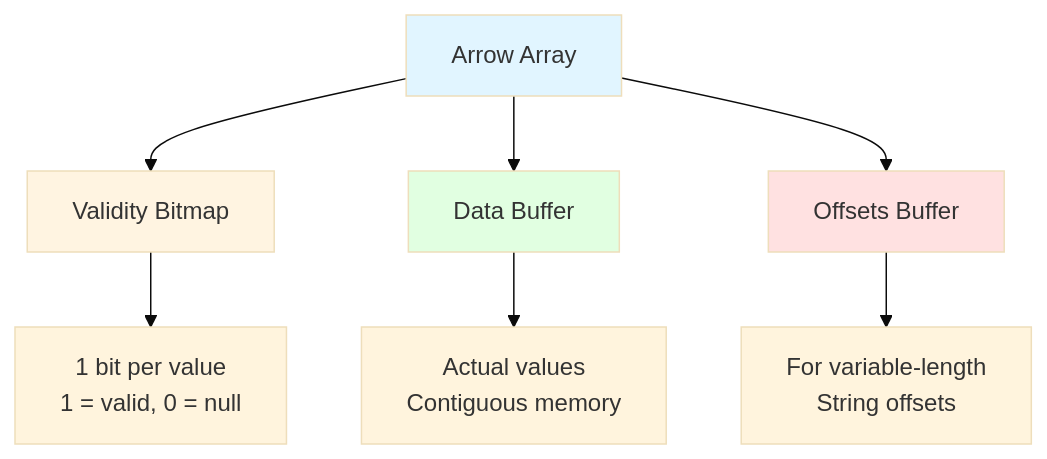
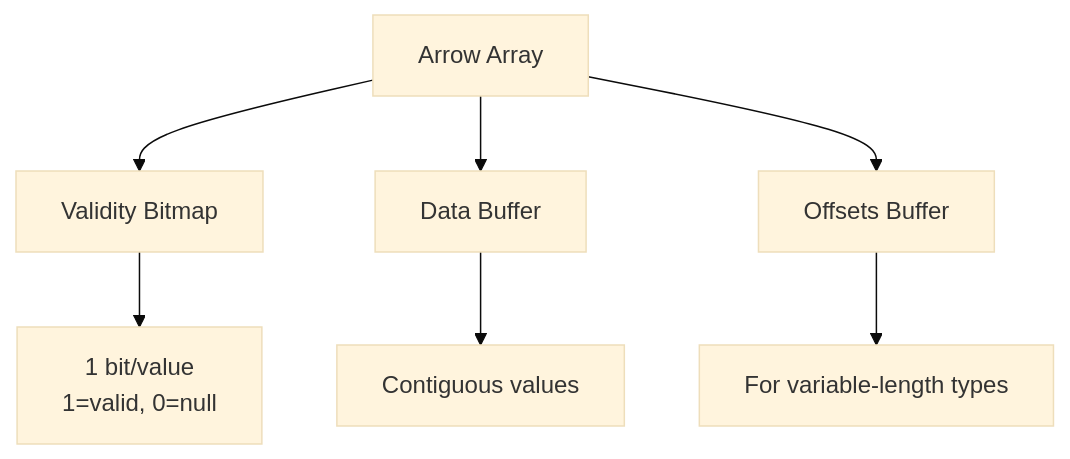
Before and after one commit to LCKYN/LCKYN-KnowledgeBase: the second of 3 diagrams in 40-49 Data_Management/41_Data_Engineering/41.04 Apache Arrow.md, drawn with Mermaid (base theme). The commit also changed other lines of this file and 17 other files, not shown here.

````diff
--- a/40-49 Data_Management/41_Data_Engineering/41.04 Apache Arrow.md
+++ b/40-49 Data_Management/41_Data_Engineering/41.04 Apache Arrow.md
@@ -123,15 +43,10 @@
 ```mermaid
 graph TD
     A[Arrow Array] --> B[Validity Bitmap]
     A --> C[Data Buffer]
     A --> D[Offsets Buffer]
 
-    B --> E["1 bit per value<br/>1 = valid, 0 = null"]
-    C --> F["Actual values<br/>Contiguous memory"]
-    D --> G["For variable-length<br/>String offsets"]
-
-    style A fill:#e1f5ff
-    style B fill:#fff4e1
-    style C fill:#e1ffe1
-    style D fill:#ffe1e1
+    B --> B1["1 bit/value<br/>1=valid, 0=null"]
+    C --> C1["Contiguous values"]
+    D --> D1["For variable-length types"]
 ```
````
